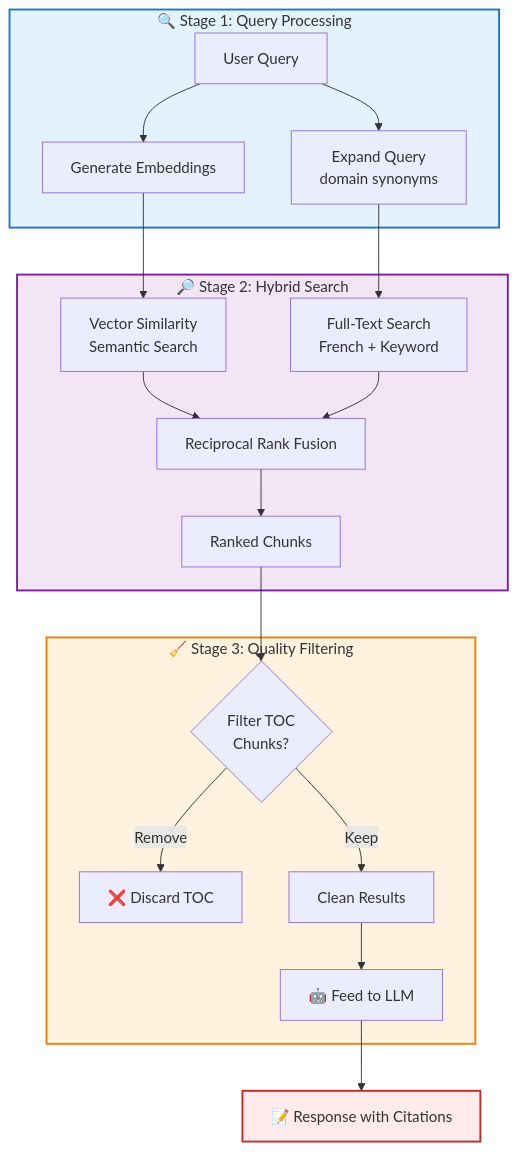
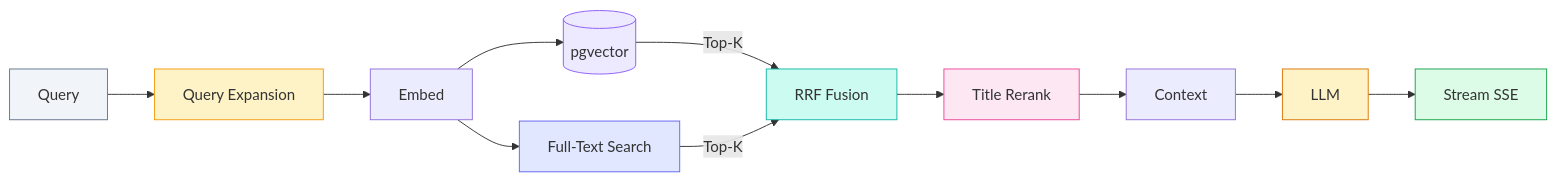
Before and after one commit to ggustin93/nextjs-fastapi-rag: the second of 2 diagrams in README.md, drawn with Mermaid. The commit also changed other lines of this file and 1 other file, not shown here.

````diff
--- a/README.md
+++ b/README.md
@@ -220,30 +93,22 @@
 ```mermaid
-flowchart TD
-    subgraph Input["🔍 Stage 1: Query Processing"]
-        Query[User Query]
-        Query --> Expand[Expand Query<br/>domain synonyms]
-        Query --> Embed[Generate Embeddings]
-    end
+graph LR
+    Q[Query] --> QE[Query Expansion]
+    QE --> E[Embed]
+    E --> V[(pgvector)]
+    E --> F[Full-Text Search]
+    V --> |Top-K| R[RRF Fusion]
+    F --> |Top-K| R
+    R --> TR[Title Rerank]
+    TR --> C[Context]
+    C --> L[LLM]
+    L --> S[Stream SSE]
 
-    subgraph Search["🔎 Stage 2: Hybrid Search"]
-        Embed --> Vector[Vector Similarity<br/>Semantic Search]
-        Expand --> FTS[Full-Text Search<br/>French + Keyword]
-        Vector --> RRF[Reciprocal Rank Fusion]
-        FTS --> RRF
-        RRF --> Results[Ranked Chunks]
-    end
-
-    subgraph Filter["🧹 Stage 3: Quality Filtering"]
-        Results --> TOC{Filter TOC<br/>Chunks?}
-        TOC -->|Remove| Discard[❌ Discard TOC]
-        TOC -->|Keep| Clean[Clean Results]
-        Clean --> LLM[🤖 Feed to LLM]
-    end
-
-    LLM --> Response[📝 Response with Citations]
-
-    style Input fill:#e3f2fd,stroke:#1976d2,stroke-width:2px
-    style Search fill:#f3e5f5,stroke:#7b1fa2,stroke-width:2px
-    style Filter fill:#fff3e0,stroke:#f57c00,stroke-width:2px
-    style Response fill:#ffebee,stroke:#c62828,stroke-width:2px
+    style Q fill:#f1f5f9,stroke:#64748b
+    style QE fill:#fef3c7,stroke:#f59e0b
+    style V fill:#ede9fe,stroke:#8b5cf6
+    style F fill:#e0e7ff,stroke:#6366f1
+    style R fill:#ccfbf1,stroke:#14b8a6
+    style TR fill:#fce7f3,stroke:#ec4899
+    style L fill:#fef3c7,stroke:#d97706
+    style S fill:#dcfce7,stroke:#16a34a
 ```
````
